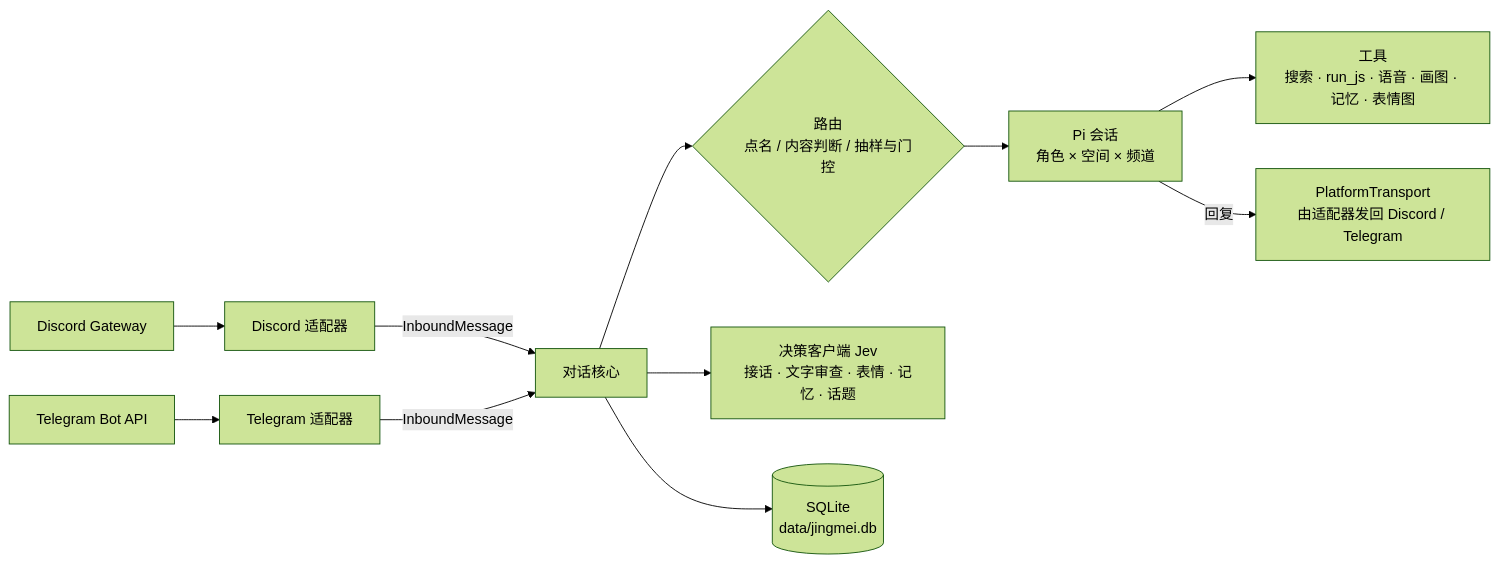
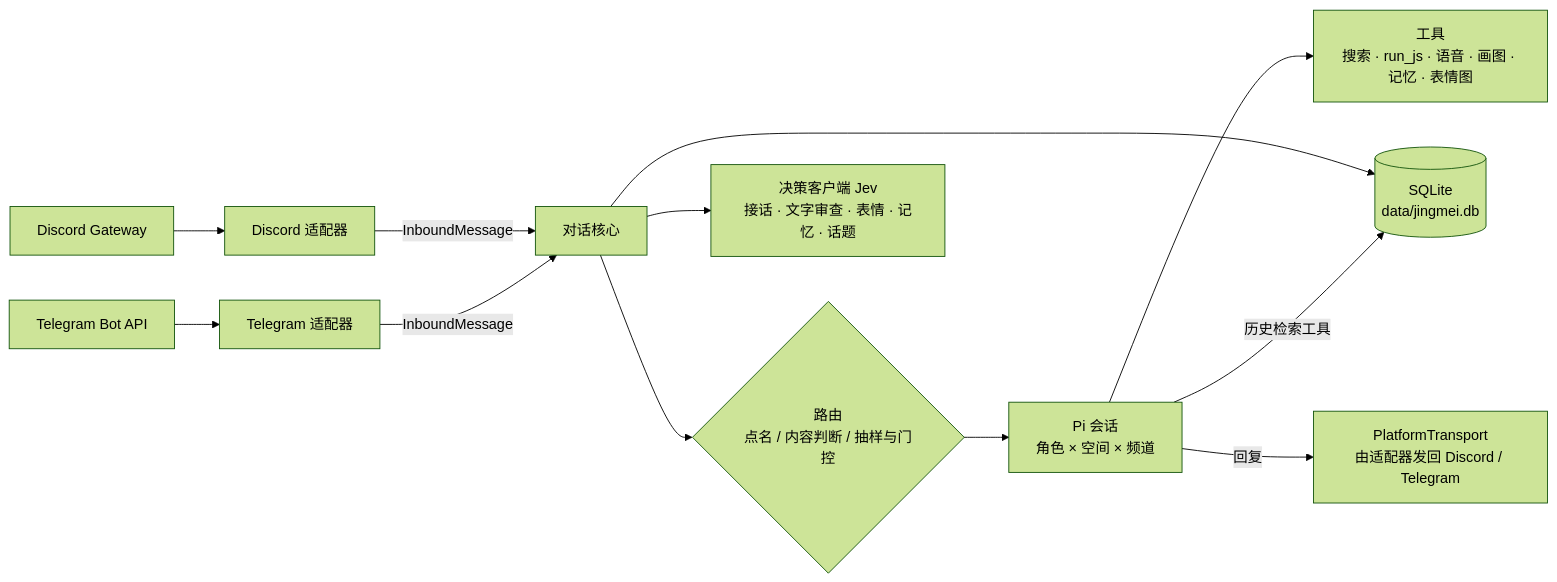
The diagram in README.md (beiwater/jingmei), drawn with Mermaid (forest theme) before and after one commit. The commit also changed other lines of this file and 29 other files, not shown here.

````diff
--- a/README.md
+++ b/README.md
@@ -51,13 +53,14 @@
 ```mermaid
 flowchart LR
   DG[Discord Gateway] --> DA[Discord 适配器]
   TG[Telegram Bot API] --> TA[Telegram 适配器]
   DA -- InboundMessage --> C[对话核心]
   TA -- InboundMessage --> C
   C --> R{路由<br/>点名 / 内容判断 / 抽样与门控}
   R --> S[Pi 会话<br/>角色 × 空间 × 频道]
   S --> T[工具<br/>搜索 · run_js · 语音 · 画图 · 记忆 · 表情图]
   C --> J[决策客户端 Jev<br/>接话 · 文字审查 · 表情 · 记忆 · 话题]
   C --> DB[(SQLite<br/>data/jingmei.db)]
+  S -- 历史检索工具 --> DB
   S -- 回复 --> PT[PlatformTransport<br/>由适配器发回 Discord / Telegram]
 ```
````
